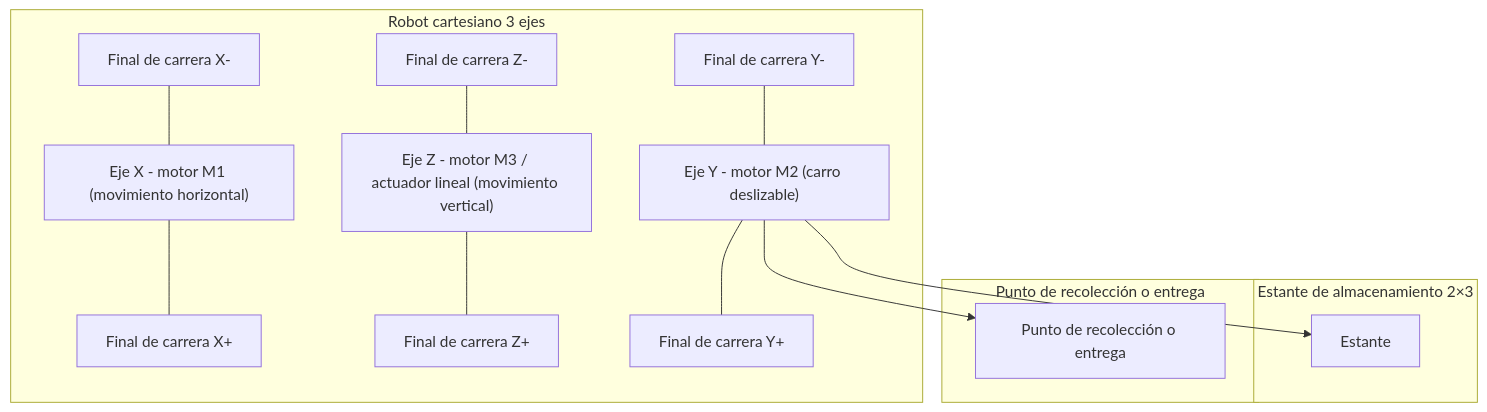
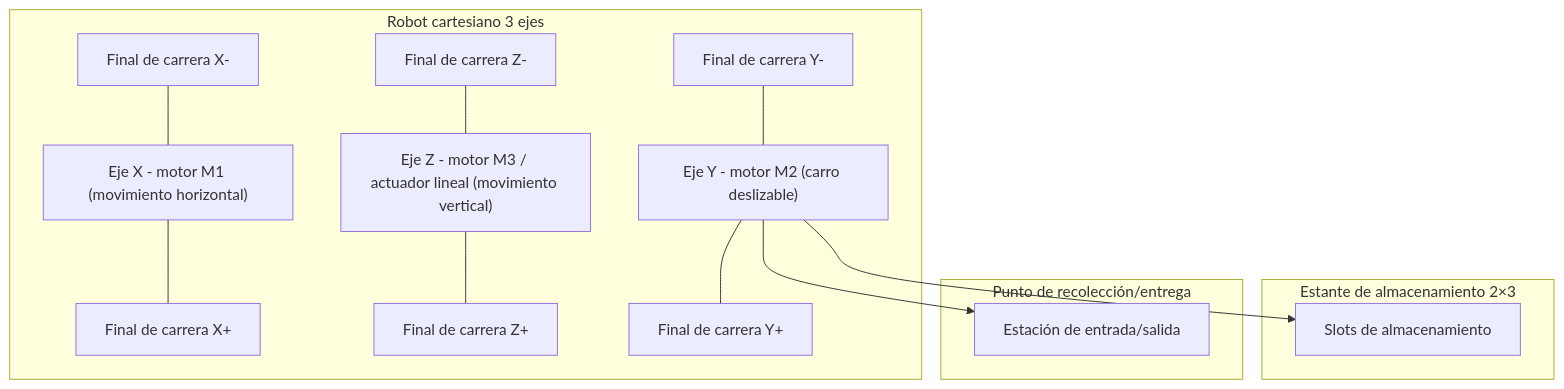
One commit to SB-312/Proyecto-Intermedio-IIoT changed the first of 4 diagrams in README.md. Above: the diagram before and after it, drawn with Mermaid. The commit also changed other lines of this file, not shown here.

````diff
--- a/README.md
+++ b/README.md
@@ -56,32 +64,32 @@
 ```mermaid
 flowchart TB
   subgraph Robot["Robot cartesiano 3 ejes"]
     X["Eje X - motor M1 (movimiento horizontal)"]
     Z["Eje Z - motor M3 / actuador lineal (movimiento vertical)"]
     Y["Eje Y - motor M2 (carro deslizable)"]
 
     FXmin["Final de carrera X-"]
     FXmax["Final de carrera X+"]
 
     FZmin["Final de carrera Z-"]
     FZmax["Final de carrera Z+"]
 
     FYmin["Final de carrera Y-"]
     FYmax["Final de carrera Y+"]
 
     FXmin --- X --- FXmax
     FZmin --- Z --- FZmax
     FYmin --- Y --- FYmax
   end
 
   subgraph Estante["Estante de almacenamiento 2×3"]
-    S11["Estante"]
+    S11["Slots de almacenamiento"]
   end
-  subgraph PuntoExt["Punto de recolección o entrega"]
-    P11["Punto de recolección o entrega"]
+
+  subgraph PuntoExt["Punto de recolección/entrega"]
+    P11["Estación de entrada/salida"]
   end
 
   Y --> S11
   Y --> P11
-
 ```
````
